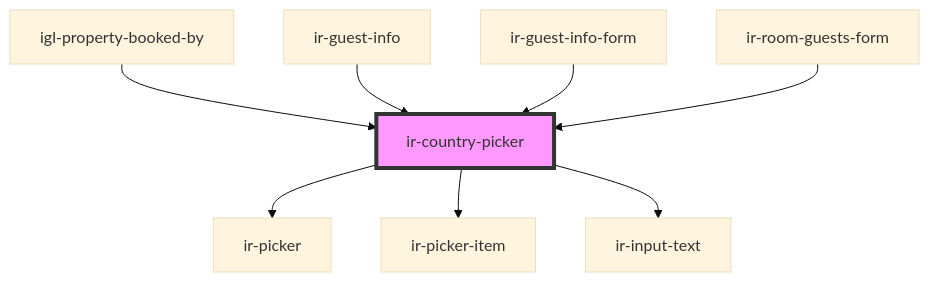
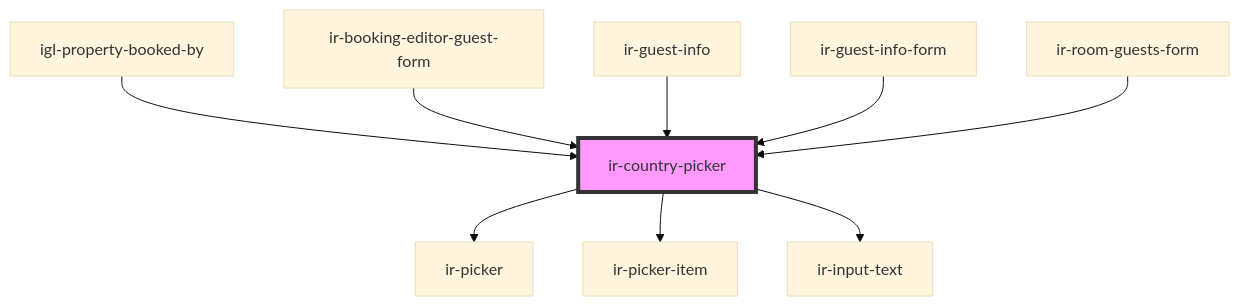
Before and after one commit to David1Chowaifaty/modified-ir-webcmp: the diagram in src/components/ui/ir-country-picker/readme.md, drawn with Mermaid (base theme). The commit also changed other lines of this file and 56 other files, not shown here.

First line of the commit message:
Enhance IrBookingEditor and related components with new validation and input handling

````diff
--- a/src/components/ui/ir-country-picker/readme.md
+++ b/src/components/ui/ir-country-picker/readme.md
@@ -46,11 +47,12 @@
 ```mermaid
 graph TD;
   ir-country-picker --> ir-picker
   ir-country-picker --> ir-picker-item
   ir-country-picker --> ir-input-text
   igl-property-booked-by --> ir-country-picker
+  ir-booking-editor-guest-form --> ir-country-picker
   ir-guest-info --> ir-country-picker
   ir-guest-info-form --> ir-country-picker
   ir-room-guests-form --> ir-country-picker
   style ir-country-picker fill:#f9f,stroke:#333,stroke-width:4px
 ```
````
